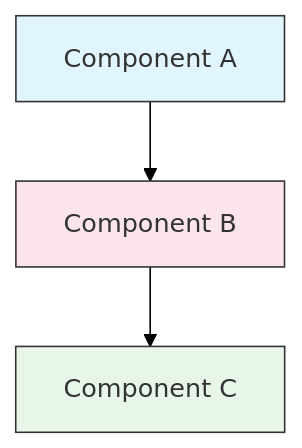
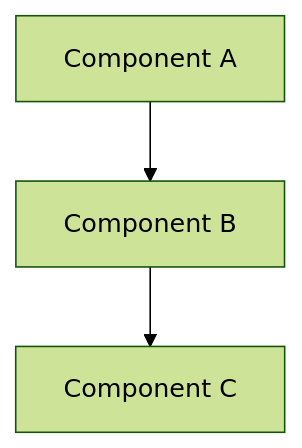
One commit to Rx782-Fss/claude-howto-zh changed the diagram in claude-howto-zh/STYLE_GUIDE.md. Above: the diagram before and after it, drawn with Mermaid (forest theme). The commit also changed 9 other files, not shown here.

Commit message:
fix: 清除 Mermaid style 行(105处)和节点标签数字列表格式(17处)，修复 Obsidian/GitHub 'Unsupported markdown: list' 渲染错误

````diff
--- a/claude-howto-zh/STYLE_GUIDE.md
+++ b/claude-howto-zh/STYLE_GUIDE.md
@@ -398,9 +398,6 @@
 ```mermaid
 graph TB
     A["Component A"] --> B["Component B"]
     B --> C["Component C"]
 
-    style A fill:#e1f5fe,stroke:#333,color:#333
-    style B fill:#fce4ec,stroke:#333,color:#333
-    style C fill:#e8f5e9,stroke:#333,color:#333
 ```
````
